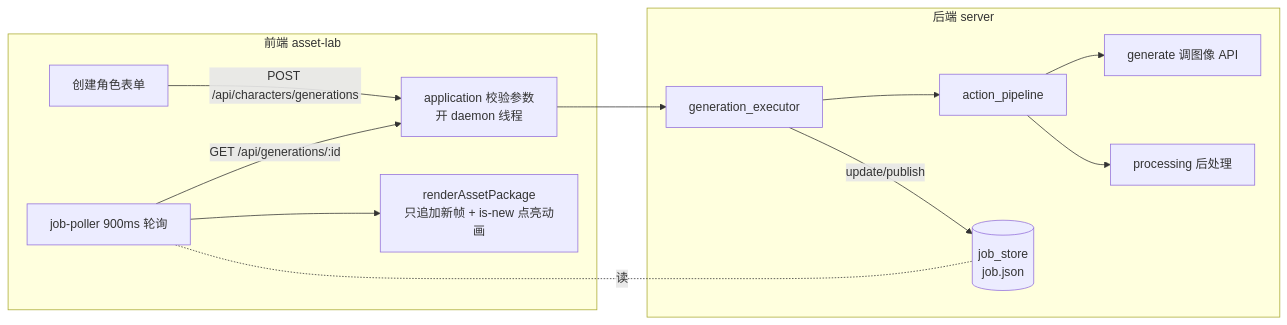
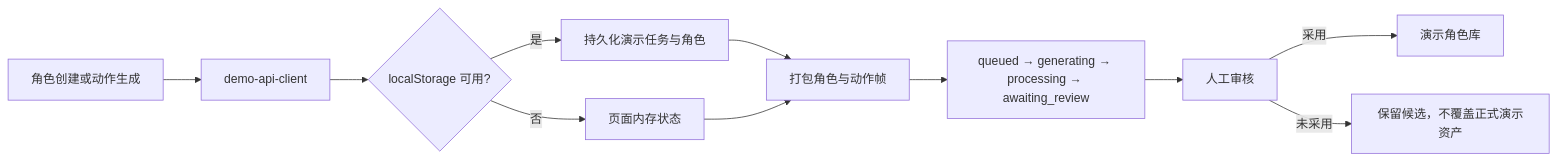
One commit to huyanxius/windup-asset-lab changed the diagram in GENERATION_WORKFLOW.md. Above: the diagram before and after it, drawn with Mermaid. The commit also changed other lines of this file and 49 other files, not shown here.

Commit message:
refactor: make asset workflow demo-only

````diff
--- a/GENERATION_WORKFLOW.md
+++ b/GENERATION_WORKFLOW.md
@@ -7,16 +5,13 @@
 ```mermaid
 flowchart LR
-    subgraph 前端 asset-lab
-        A[创建角色表单] -->|POST /api/characters/generations| B
-        P[job-poller 900ms 轮询] -->|GET /api/generations/:id| B
-        P --> R[renderAssetPackage<br>只追加新帧 + is-new 点亮动画]
-    end
-    subgraph 后端 server
-        B[application 校验参数<br>开 daemon 线程] --> E[generation_executor]
-        E --> AP[action_pipeline]
-        AP --> G[generate 调图像 API]
-        AP --> PR[processing 后处理]
-        E -->|update/publish| J[(job_store<br>job.json)]
-        P -.读.- J
-    end
+    UI[角色创建或动作生成] --> DEMO[demo-api-client]
+    DEMO --> STORE{localStorage 可用?}
+    STORE -->|是| LOCAL[持久化演示任务与角色]
+    STORE -->|否| MEMORY[页面内存状态]
+    LOCAL --> FIXTURE[打包角色与动作帧]
+    MEMORY --> FIXTURE
+    FIXTURE --> JOB[queued → generating → processing → awaiting_review]
+    JOB --> REVIEW[人工审核]
+    REVIEW -->|采用| LIBRARY[演示角色库]
+    REVIEW -->|未采用| CANDIDATE[保留候选，不覆盖正式演示资产]
 ```
````
